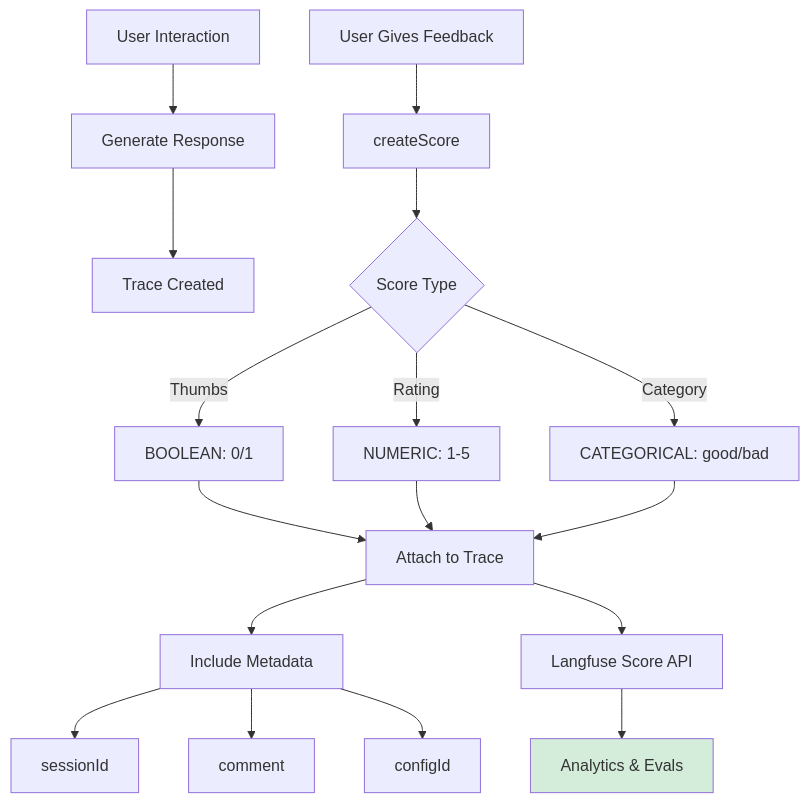
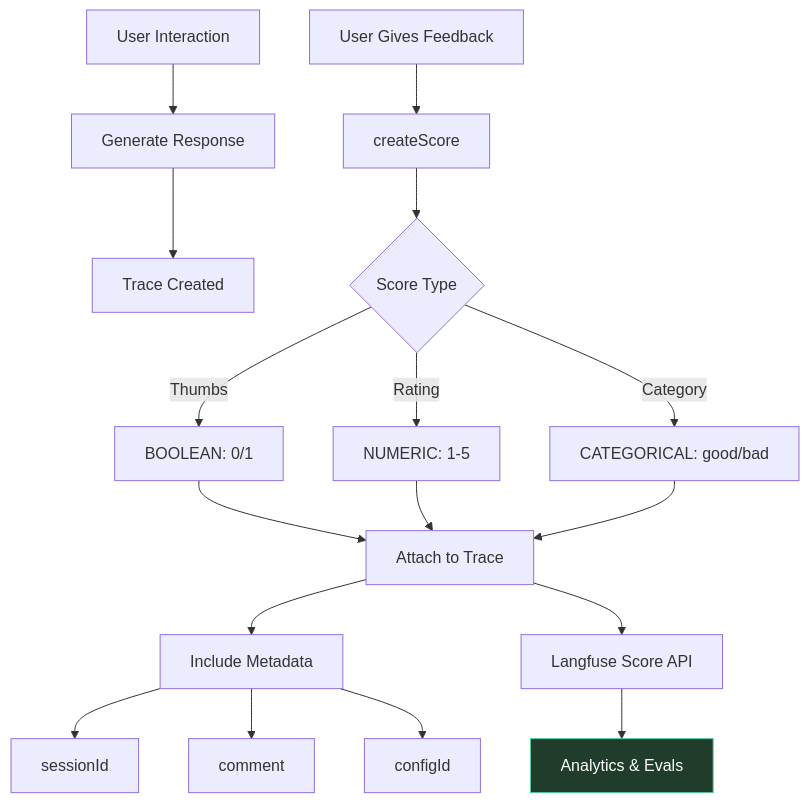
One commit to nicolad/vadim.blog changed the eighth of 10 diagrams in blog/2026/02-11-langfuse-features-prompts-tracing-scores-usage/index.md. Above: the diagram before and after it, drawn with Mermaid. The commit also changed other lines of this file and 1 other file, not shown here.

````diff
--- a/blog/2026/02-11-langfuse-features-prompts-tracing-scores-usage/index.md
+++ b/blog/2026/02-11-langfuse-features-prompts-tracing-scores-usage/index.md
@@ -489,26 +502,26 @@
 ```mermaid
 graph TD
     A[User Interaction] --> B[Generate Response]
     B --> C[Trace Created]
     
     D[User Gives Feedback] --> E[createScore]
     E --> F{Score Type}
     
     F -->|Thumbs| G[BOOLEAN: 0/1]
     F -->|Rating| H[NUMERIC: 1-5]
     F -->|Category| I[CATEGORICAL: good/bad]
     
     G --> J[Attach to Trace]
     H --> J
     I --> J
     
     J --> K[Include Metadata]
     K --> L[sessionId]
     K --> M[comment]
     K --> N[configId]
     
     J --> O[Langfuse Score API]
     O --> P[Analytics & Evals]
     
-    style P fill:#d4edda
+    style P fill:#1f3d2a,stroke:#59c9a5,color:#fff
 ```
````
